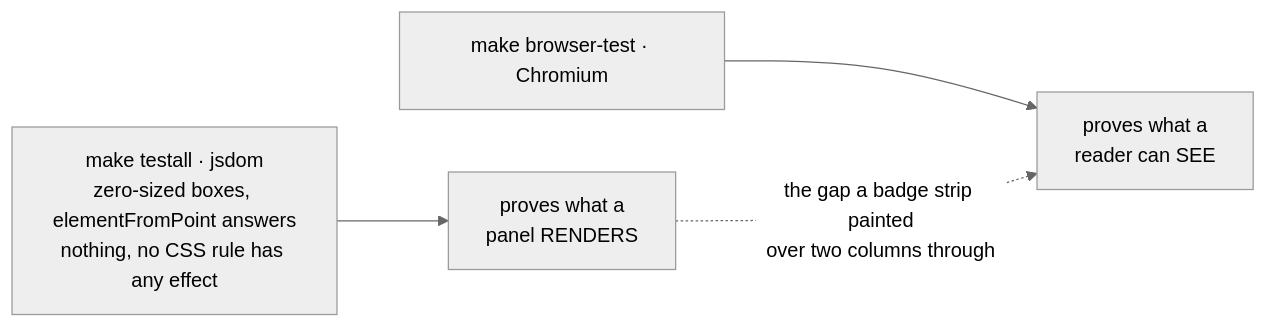
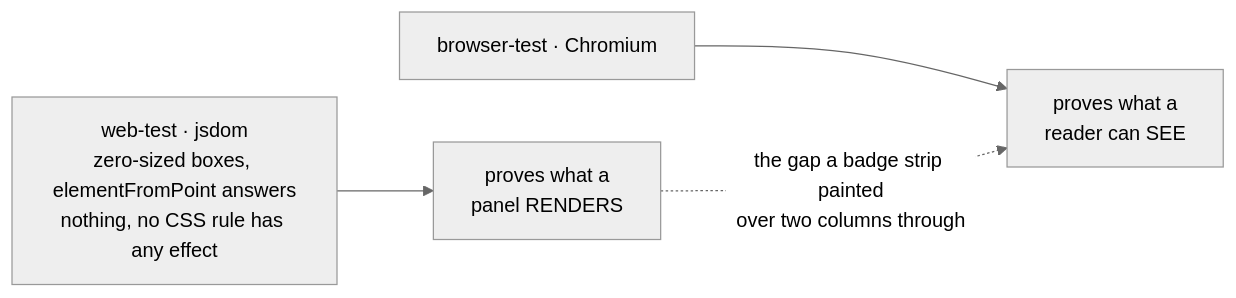
The third of 3 diagrams in docsite/content/build/the-gate.md (panyam/agni), drawn with Mermaid (neutral theme) before and after one commit. The commit also changed other lines of this file and 8 other files, not shown here.

````diff
--- a/docsite/content/build/the-gate.md
+++ b/docsite/content/build/the-gate.md
@@ -286,6 +280,6 @@
 ```mermaid
 flowchart LR
-    J["make testall · jsdom<br/>zero-sized boxes, elementFromPoint answers<br/>nothing, no CSS rule has any effect"] --> JP["proves what a<br/>panel RENDERS"]
-    B["make browser-test · Chromium"] --> BP["proves what a<br/>reader can SEE"]
+    J["web-test · jsdom<br/>zero-sized boxes, elementFromPoint answers<br/>nothing, no CSS rule has any effect"] --> JP["proves what a<br/>panel RENDERS"]
+    B["browser-test · Chromium"] --> BP["proves what a<br/>reader can SEE"]
     JP -.->|"the gap a badge strip painted<br/>over two columns through"| BP
 ```
````
